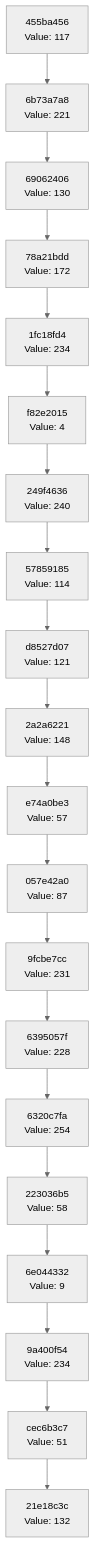
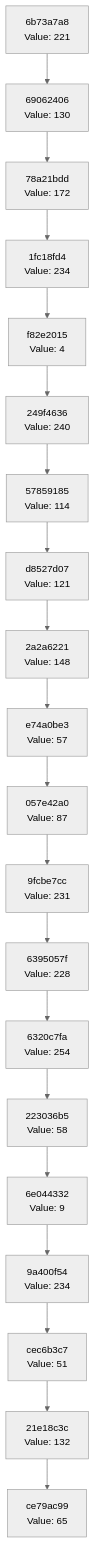
One commit to Abhisheksinha1506/hash-chain-evolver changed the diagram in docs/CHAIN_VISUALIZATION.md. Above: the diagram before and after it, drawn with Mermaid (neutral theme). The commit also changed 2 other files, not shown here.

Commit message:
Evolution Step

````diff
--- a/docs/CHAIN_VISUALIZATION.md
+++ b/docs/CHAIN_VISUALIZATION.md
@@ -3,42 +3,42 @@
 ```mermaid
 graph TD
-    C0["21e18c3c<br/>Value: 132"]
-    C1["cec6b3c7<br/>Value: 51"]
+    C0["ce79ac99<br/>Value: 65"]
+    C1["21e18c3c<br/>Value: 132"]
     C1 --> C0
-    C2["9a400f54<br/>Value: 234"]
+    C2["cec6b3c7<br/>Value: 51"]
     C2 --> C1
-    C3["6e044332<br/>Value: 9"]
+    C3["9a400f54<br/>Value: 234"]
     C3 --> C2
-    C4["223036b5<br/>Value: 58"]
+    C4["6e044332<br/>Value: 9"]
     C4 --> C3
-    C5["6320c7fa<br/>Value: 254"]
+    C5["223036b5<br/>Value: 58"]
     C5 --> C4
-    C6["6395057f<br/>Value: 228"]
+    C6["6320c7fa<br/>Value: 254"]
     C6 --> C5
-    C7["9fcbe7cc<br/>Value: 231"]
+    C7["6395057f<br/>Value: 228"]
     C7 --> C6
-    C8["057e42a0<br/>Value: 87"]
+    C8["9fcbe7cc<br/>Value: 231"]
     C8 --> C7
-    C9["e74a0be3<br/>Value: 57"]
+    C9["057e42a0<br/>Value: 87"]
     C9 --> C8
-    C10["2a2a6221<br/>Value: 148"]
+    C10["e74a0be3<br/>Value: 57"]
     C10 --> C9
-    C11["d8527d07<br/>Value: 121"]
+    C11["2a2a6221<br/>Value: 148"]
     C11 --> C10
-    C12["57859185<br/>Value: 114"]
+    C12["d8527d07<br/>Value: 121"]
     C12 --> C11
-    C13["249f4636<br/>Value: 240"]
+    C13["57859185<br/>Value: 114"]
     C13 --> C12
-    C14["f82e2015<br/>Value: 4"]
+    C14["249f4636<br/>Value: 240"]
     C14 --> C13
-    C15["1fc18fd4<br/>Value: 234"]
+    C15["f82e2015<br/>Value: 4"]
     C15 --> C14
-    C16["78a21bdd<br/>Value: 172"]
+    C16["1fc18fd4<br/>Value: 234"]
     C16 --> C15
-    C17["69062406<br/>Value: 130"]
+    C17["78a21bdd<br/>Value: 172"]
     C17 --> C16
-    C18["6b73a7a8<br/>Value: 221"]
+    C18["69062406<br/>Value: 130"]
     C18 --> C17
-    C19["455ba456<br/>Value: 117"]
+    C19["6b73a7a8<br/>Value: 221"]
     C19 --> C18
 ```
````
